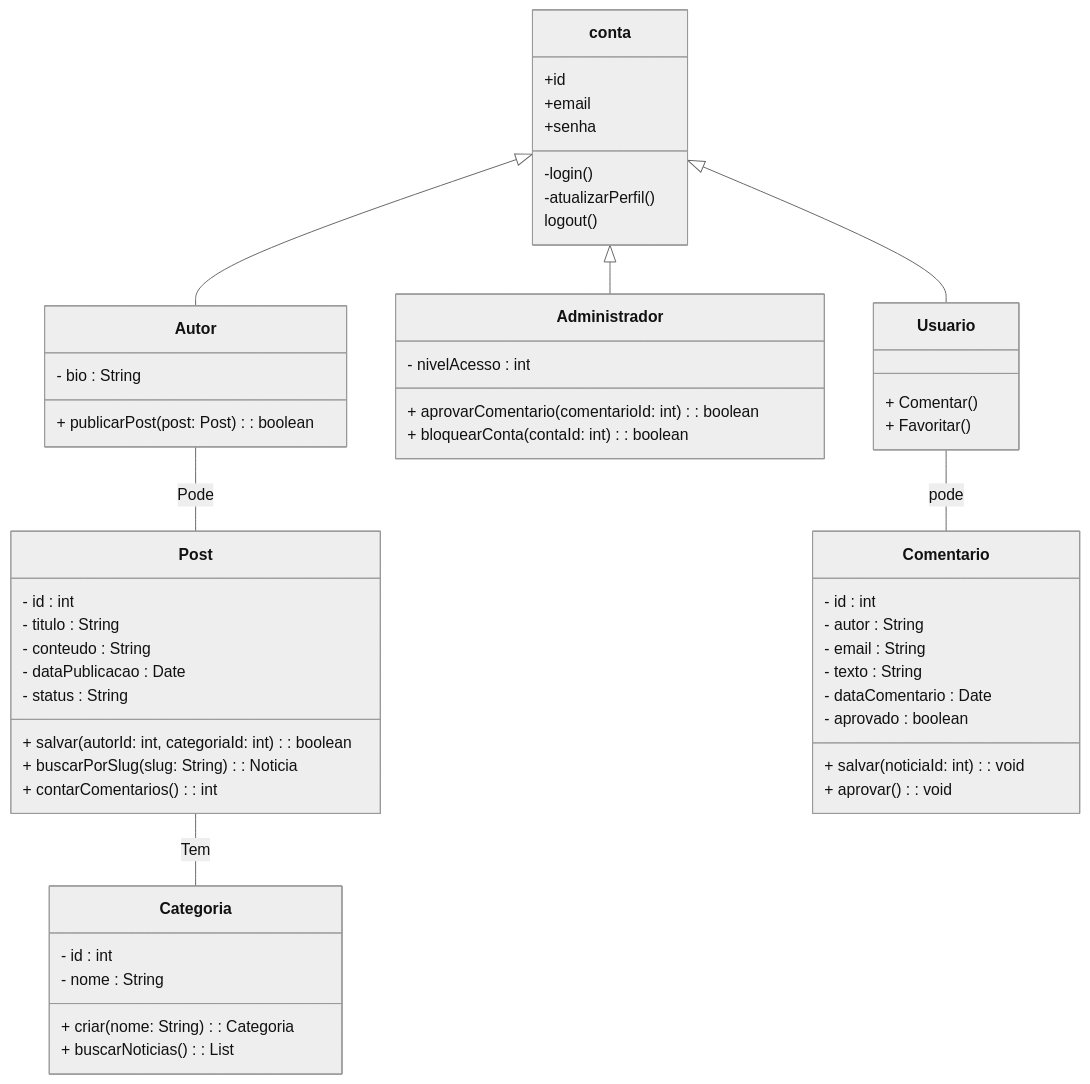
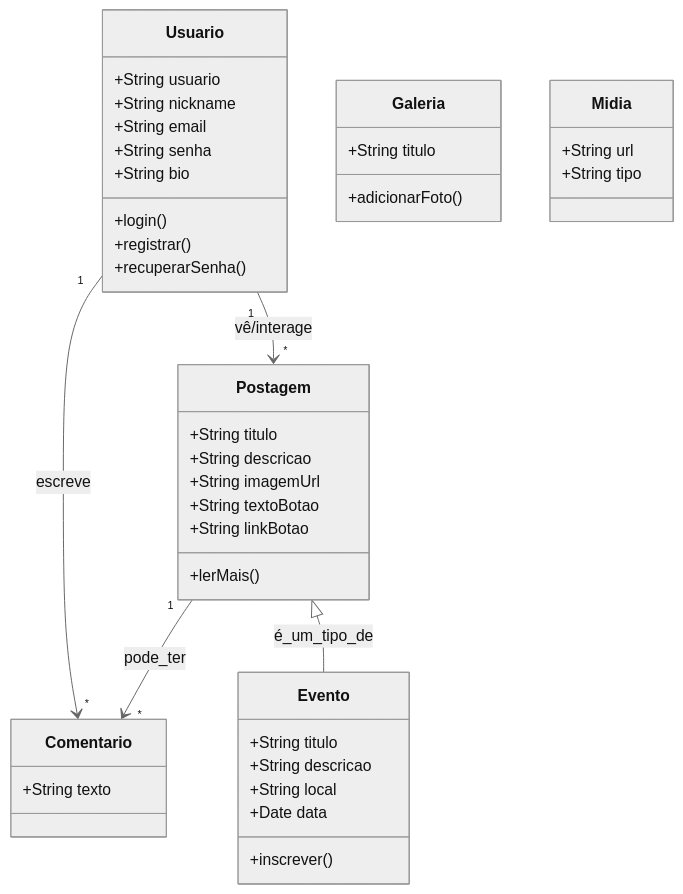
Before and after one commit to ProjetoIntegrador-2Semestre/GardiasDasAguas: the diagram in docs/Diagrama de Classes.md, drawn with Mermaid (neutral theme). The commit also changed other lines of this file and 32 other files, not shown here.

Commit message:
feat: Establish initial backend API with core entities, controllers, and data context, and foundational frontend components.

````diff
--- a/docs/Diagrama de Classes.md
+++ b/docs/Diagrama de Classes.md
@@ -3,54 +3,53 @@
 ```mermaid
 classDiagram
- conta <|-- Autor
- conta <|-- Administrador
- Autor -- Post : Pode
- Post -- Categoria : Tem
- conta <|-- Usuario
- Usuario -- Comentario : pode 
-conta : +id
- conta : +email
- conta : +senha
- conta : -login()
- conta : -atualizarPerfil()
- conta : logout() 
-class Comentario {
- - id : int
- - autor : String
- - email : String
- - texto : String
- - dataComentario : Date
- - aprovado : boolean
- + salvar(noticiaId: int) : void
- + aprovar() : void
- } 
-class Categoria {
- - id : int
- - nome : String
- + criar(nome: String) : Categoria
- + buscarNoticias() : List<Noticia>
- } 
-class Post {
- - id : int
- - titulo : String
- - conteudo : String
- - dataPublicacao : Date
- - status : String
- + salvar(autorId: int, categoriaId: int) : boolean
- + buscarPorSlug(slug: String) : Noticia
- + contarComentarios() : int
- } 
-class Administrador {
- - nivelAcesso : int
- + aprovarComentario(comentarioId: int) : boolean
- + bloquearConta(contaId: int) : boolean
- } 
-class Autor {
- - bio : String
- + publicarPost(post: Post) : boolean
- } 
-class Usuario { 
-+ Comentar()
- + Favoritar()
- }
+    class Usuario {
+        +String usuario
+        +String nickname
+        +String email
+        +String senha
+        +String bio
+        +login()
+        +registrar()
+        +recuperarSenha()
+    }
+
+    class Postagem {
+        +String titulo
+        +String descricao
+        +String imagemUrl
+        +String textoBotao
+        +String linkBotao
+        +lerMais()
+    }
+
+    class Comentario {
+        +String texto
+    }
+
+    class Evento {
+        +String titulo
+        +String descricao
+        +String local
+        +Date data
+        +inscrever()
+    }
+
+    class Galeria {
+        +String titulo
+        +adicionarFoto()
+    }
+
+    class Midia {
+        +String url
+        +String tipo
+    }
+
+    %% Relacionamentos
+    Usuario "1" --> "*" Postagem : vê/interage
+    Usuario "1" --> "*" Comentario : escreve
+    
+    Postagem "1" --> "*" Comentario : pode_ter
+    
+    %% NossasAcoes no frontend parece misturar Postagem/Evento
+    Postagem <|-- Evento : é_um_tipo_de 
 ```
````
